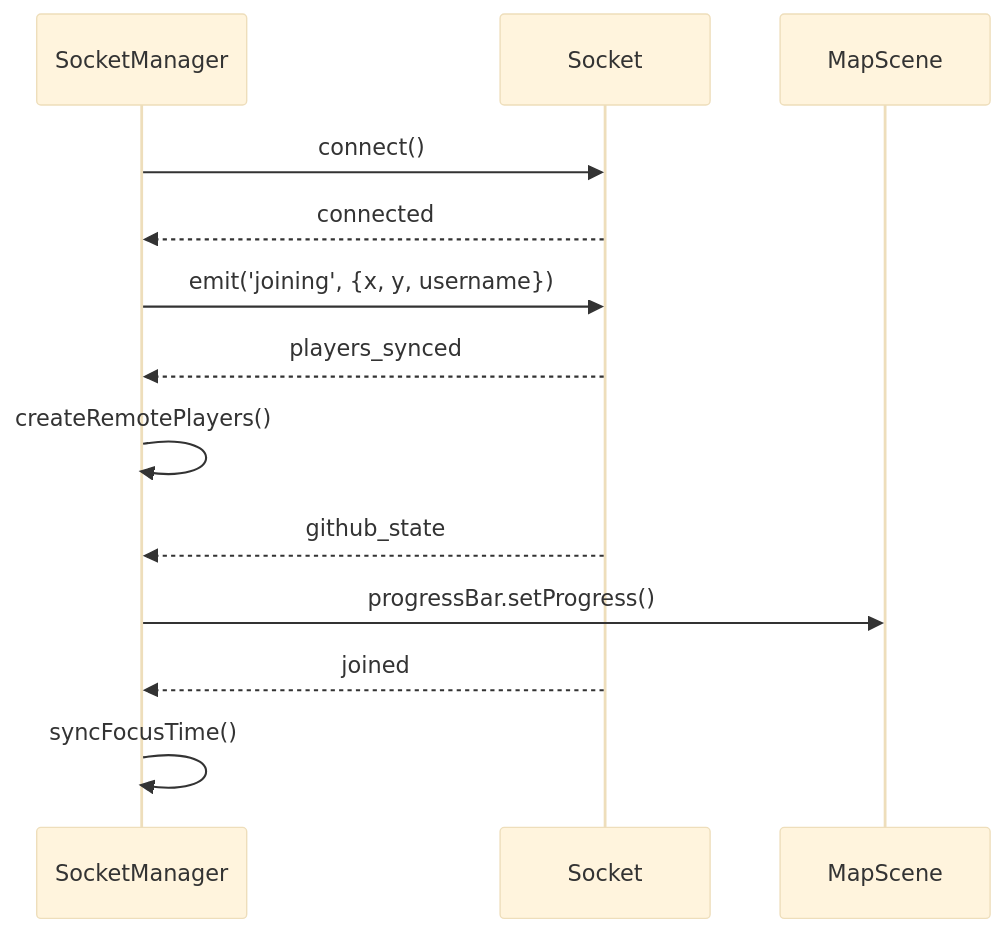
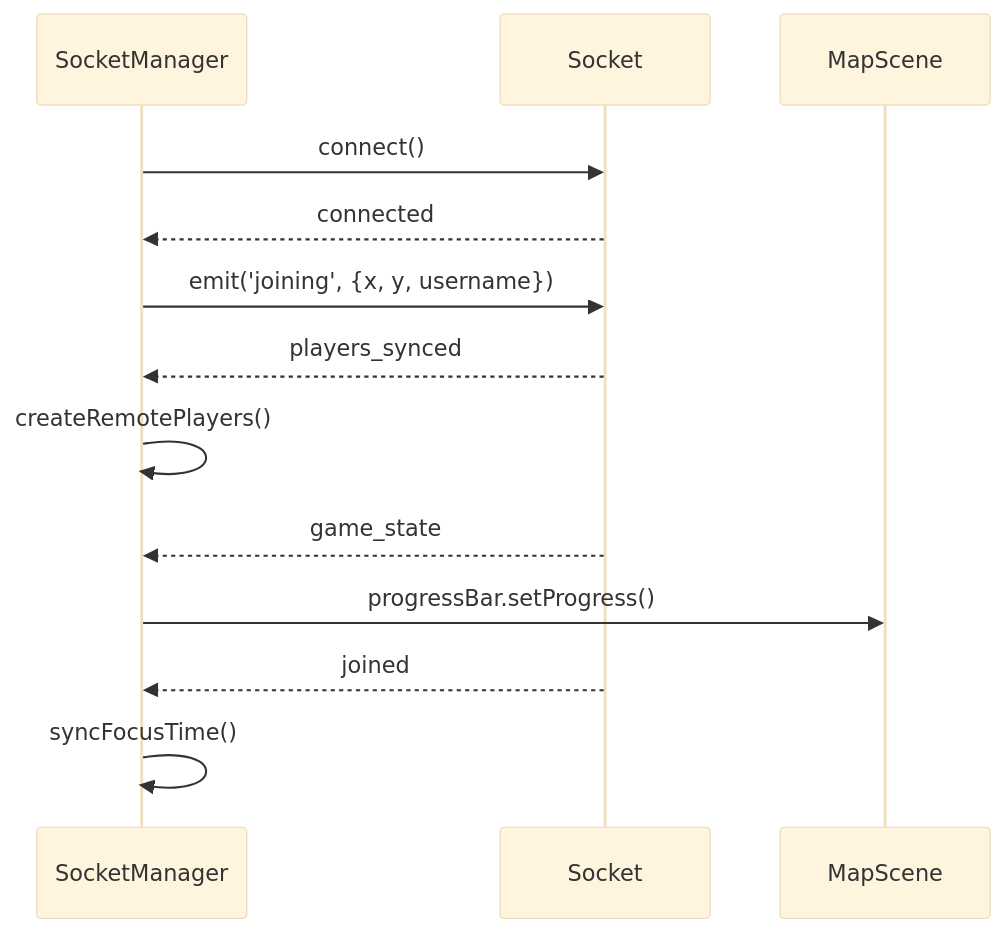
One commit to boostcampwm2025/web19-estrogenquattro changed the third of 5 diagrams in docs/architecture/GAME_MANAGERS.md. Above: the diagram before and after it, drawn with Mermaid (base theme). The commit also changed other lines of this file and 97 other files, not shown here.

````diff
--- a/docs/architecture/GAME_MANAGERS.md
+++ b/docs/architecture/GAME_MANAGERS.md
@@ -143,19 +146,19 @@
 ```mermaid
 sequenceDiagram
     participant S as SocketManager
     participant Sock as Socket
     participant Scene as MapScene
 
     S->>Sock: connect()
     Sock-->>S: connected
 
     S->>Sock: emit('joining', {x, y, username})
     Sock-->>S: players_synced
     S->>S: createRemotePlayers()
 
-    Sock-->>S: github_state
+    Sock-->>S: game_state
     S->>Scene: progressBar.setProgress()
 
     Sock-->>S: joined
     S->>S: syncFocusTime()
 ```
````
